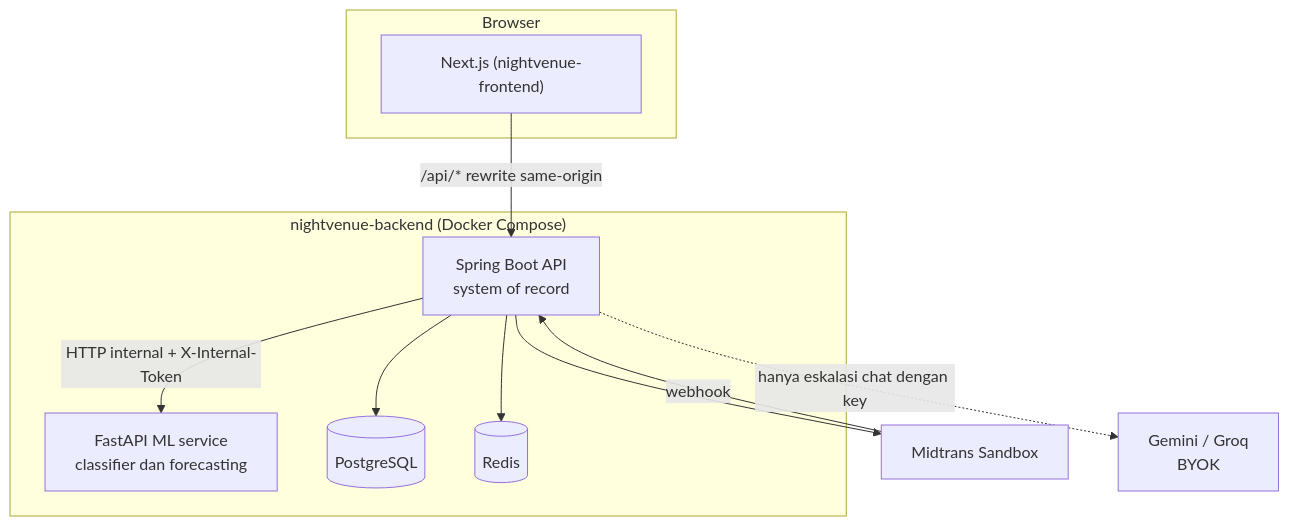
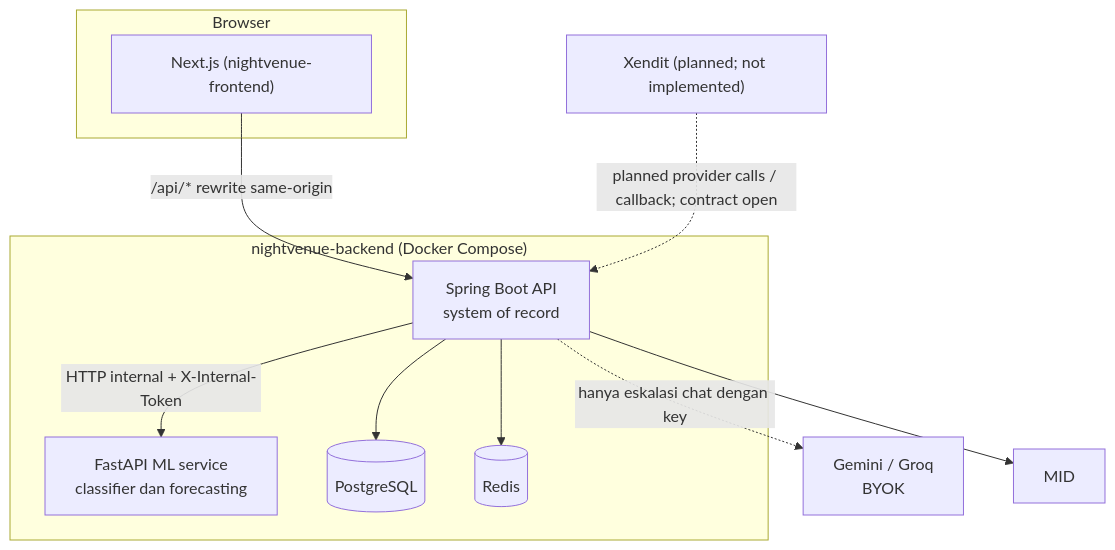
The first of 5 diagrams in docs/APPLICATION_ARCHITECTURE.md (ranggautama47/nightvenue-backend), drawn with Mermaid before and after one commit. The commit also changed other lines of this file and 9 other files, not shown here.

````diff
--- a/docs/APPLICATION_ARCHITECTURE.md
+++ b/docs/APPLICATION_ARCHITECTURE.md
@@ -9,24 +11,24 @@
 ```mermaid
 flowchart TB
     subgraph Client["Browser"]
         FE["Next.js (nightvenue-frontend)"]
     end
 
     subgraph BE["nightvenue-backend (Docker Compose)"]
         API["Spring Boot API<br/>system of record"]
         ML["FastAPI ML service<br/>classifier dan forecasting"]
         PG[("PostgreSQL")]
         RD[("Redis")]
     end
 
-    MID["Midtrans Sandbox"]
+    XEN["Xendit (planned; not implemented)"]
     LLM["Gemini / Groq<br/>BYOK"]
 
     FE -- "/api/* rewrite same-origin" --> API
     API --> PG
     API --> RD
     API -- "HTTP internal + X-Internal-Token" --> ML
     API --> MID
-    MID -- "webhook" --> API
+    XEN -.->|planned provider calls / callback; contract open| API
     API -. "hanya eskalasi chat dengan key" .-> LLM
 ```
````
